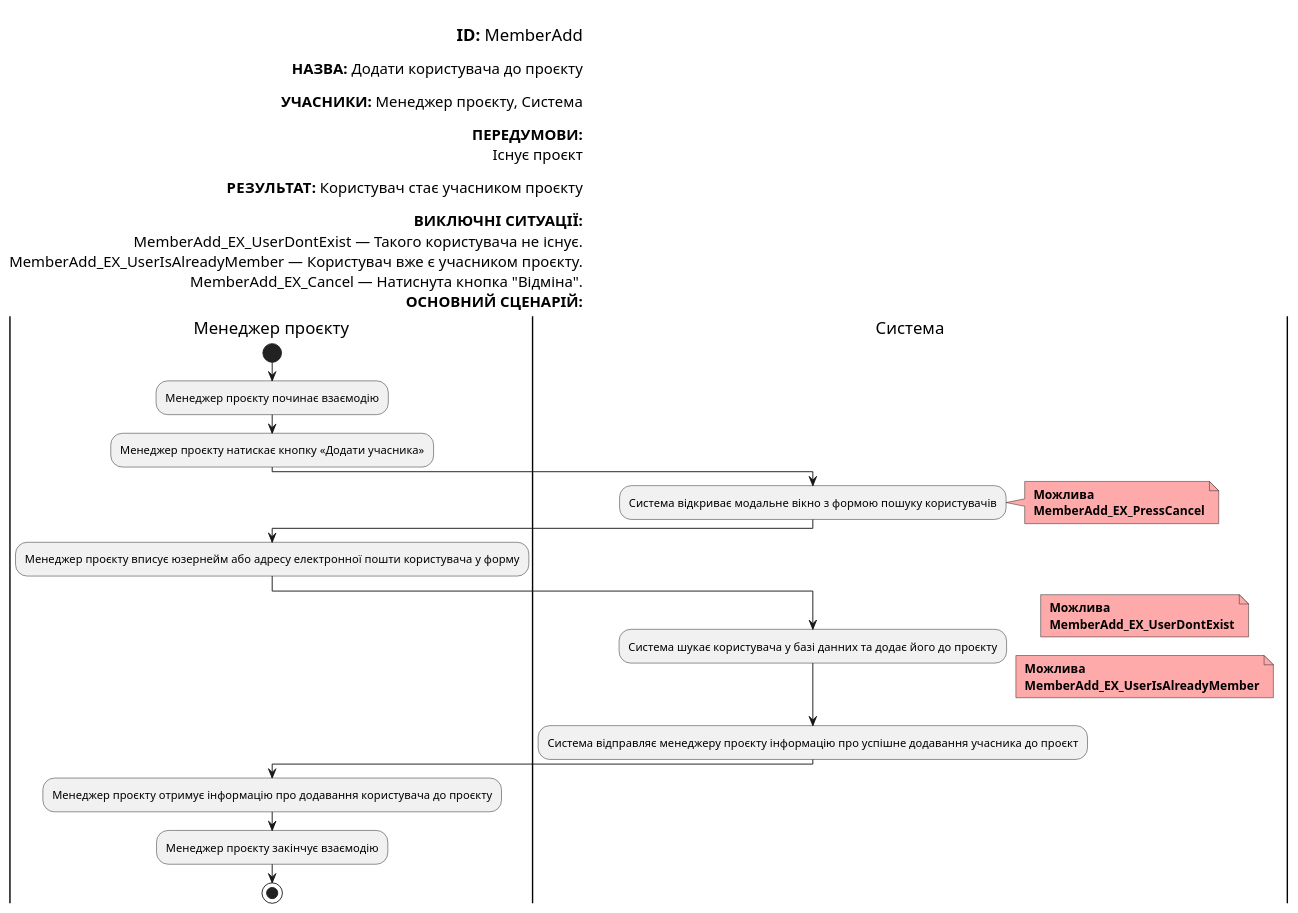
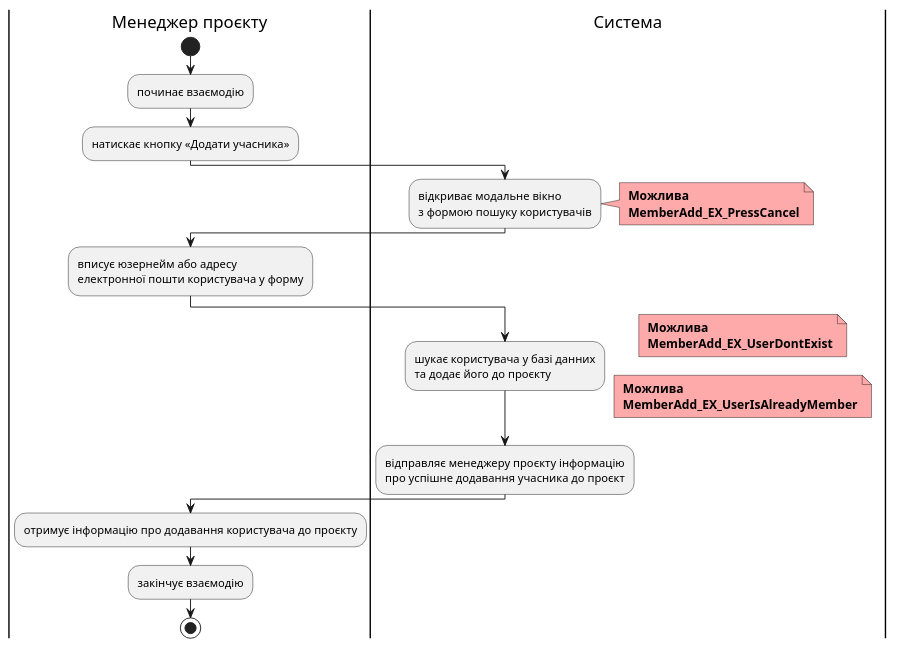
One commit to yaryna-bashchak/db_course_work changed diagram 15 of 24 in docs/use cases/README.md. Above: the diagram before and after it, drawn with PlantUML. The commit also changed other lines of this file, not shown here.

Commit message:
updated diagrams for user cases

```diff
--- a/docs/use cases/README.md
+++ b/docs/use cases/README.md
@@ -738,59 +726,43 @@
 @startuml
-
-    left header
-
-        <font color=000 size=18><b>ID:</b> MemberAdd
-
-        <font color=000 size=16><b>НАЗВА:</b> Додати користувача до проєкту
-
-        <font color=000 size=16><b>УЧАСНИКИ:</b> Менеджер проєкту, Система
-
-        <font color=000 size=16><b>ПЕРЕДУМОВИ:</b> 
-        <font color=000 size=16> Існує проєкт
-
-        <font color=000 size=16><b>РЕЗУЛЬТАТ:</b> Користувач стає учасником проєкту
-
-        <font color=000 size=16><b>ВИКЛЮЧНІ СИТУАЦІЇ:</b>
-        <font color=000 size=16> MemberAdd_EX_UserDontExist — Такого користувача не існує.
-        <font color=000 size=16> MemberAdd_EX_UserIsAlreadyMember — Користувач вже є учасником проєкту.
-        <font color=000 size=16> MemberAdd_EX_Cancel — Натиснута кнопка "Відміна".
-        <font color=000 size=16><b>ОСНОВНИЙ СЦЕНАРІЙ:</b>
-        end header
 
     |Менеджер проєкту|
         start
-        :Менеджер проєкту починає взаємодію;
+        :починає взаємодію;
 
-        :Менеджер проєкту натискає кнопку «Додати учасника»;
+        :натискає кнопку «Додати учасника»;
 
     |Система|
-        :Система відкриває модальне вікно з формою пошуку користувачів;
+        :відкриває модальне вікно 
+        з формою пошуку користувачів;
         note right #ffaaaa
         <b> Можлива
         <b> MemberAdd_EX_PressCancel
         end note
 
     |Менеджер проєкту|
-        :Менеджер проєкту вписує юзернейм або адресу електронної пошти користувача у форму;
+        :вписує юзернейм або адресу 
+        електронної пошти користувача у форму;
 
     |Система|
-        :Система шукає користувача у базі данних та додає його до проєкту;
+        :шукає користувача у базі данних 
+        та додає його до проєкту;
         note right #ffaaaa
         <b> Можлива
         <b> MemberAdd_EX_UserDontExist
         end note
         note right #ffaaaa
         <b> Можлива
         <b> MemberAdd_EX_UserIsAlreadyMember
         end note
 
-        :Система відправляє менеджеру проєкту інформацію про успішне додавання учасника до проєкт;
+        :відправляє менеджеру проєкту інформацію 
+        про успішне додавання учасника до проєкт;
 
     |Менеджер проєкту|
-        :Менеджер проєкту отримує інформацію про додавання користувача до проєкту;
+        :отримує інформацію про додавання користувача до проєкту;
         
-        :Менеджер проєкту закінчує взаємодію;
+        :закінчує взаємодію;
 
         stop;
 
 @enduml
```
